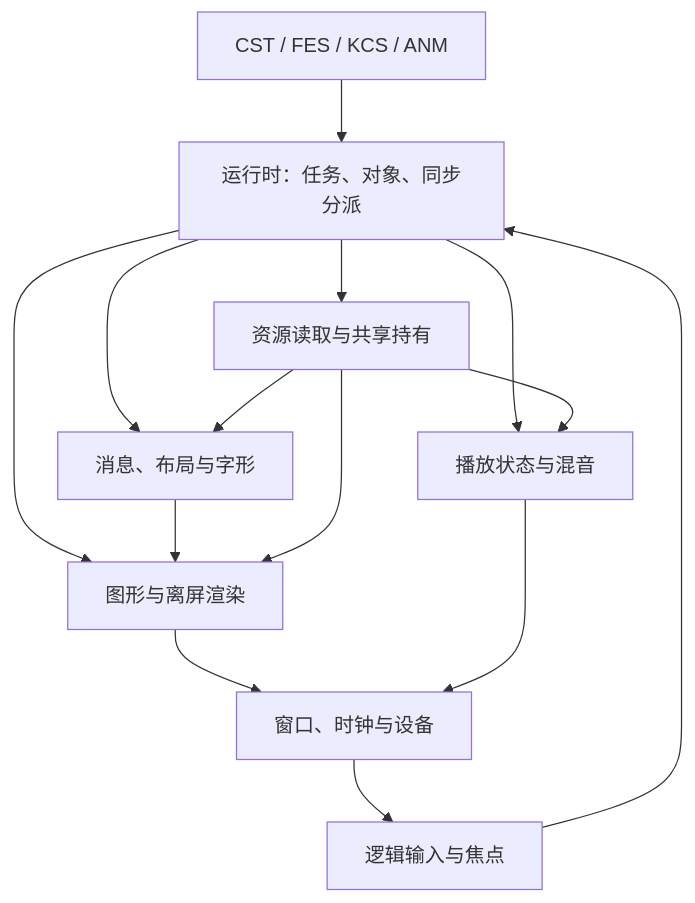
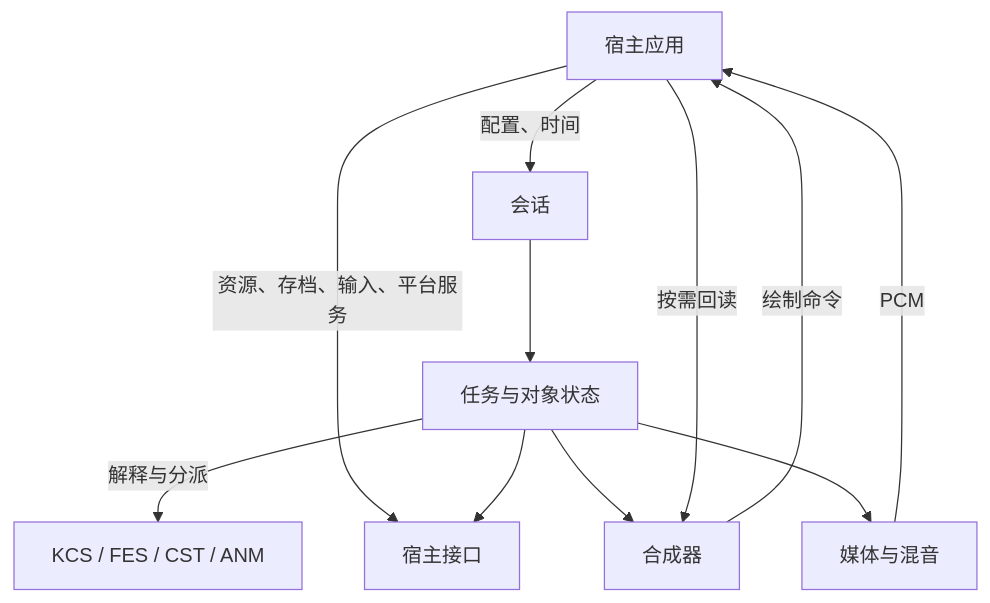
Before and after one commit to Alphaly2K/KatzeSystem2: the diagram in docs/subsystems.md, drawn with Mermaid. The commit also changed other lines of this file, not shown here.

Commit message:
docs(runtime): describe the session and host boundaries

````diff
--- a/docs/subsystems.md
+++ b/docs/subsystems.md
@@ -19,16 +19,13 @@
 ```mermaid
 flowchart TD
-    scripts[CST / FES / KCS / ANM] --> runtime[运行时：任务、对象、同步分派]
-    runtime --> resource[资源读取与共享持有]
-    runtime --> graphics[图形与离屏渲染]
-    runtime --> text[消息、布局与字形]
-    runtime --> audio[播放状态与混音]
-    input[逻辑输入与焦点] --> runtime
-    text --> graphics
-    resource --> graphics
-    resource --> text
-    resource --> audio
-    platform[窗口、时钟与设备] --> input
-    graphics --> platform
-    audio --> platform
+    app[宿主应用] -->|配置、时间| session[会话]
+    app -->|资源、存档、输入、平台服务| host[宿主接口]
+    session --> runtime[任务与对象状态]
+    runtime -->|解释与分派| scripts[KCS / FES / CST / ANM]
+    runtime --> host
+    runtime --> compositor[合成器]
+    runtime --> audio[媒体与混音]
+    compositor -->|绘制命令| app
+    app -->|按需回读| compositor
+    audio -->|PCM| app
 ```
````
